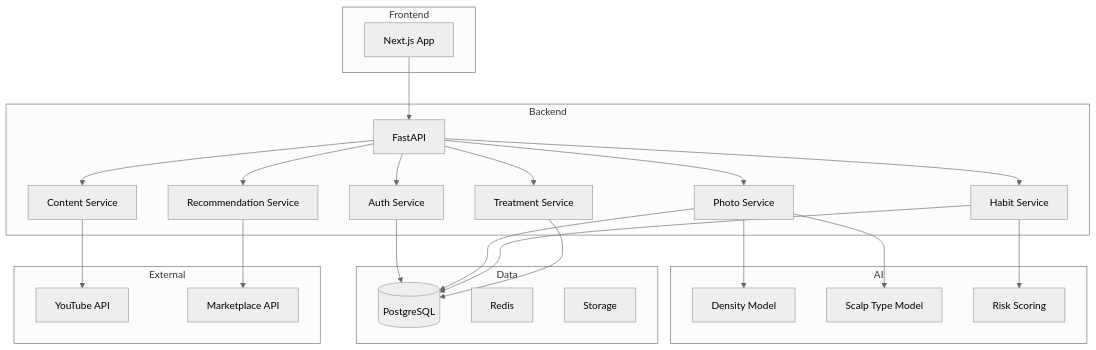
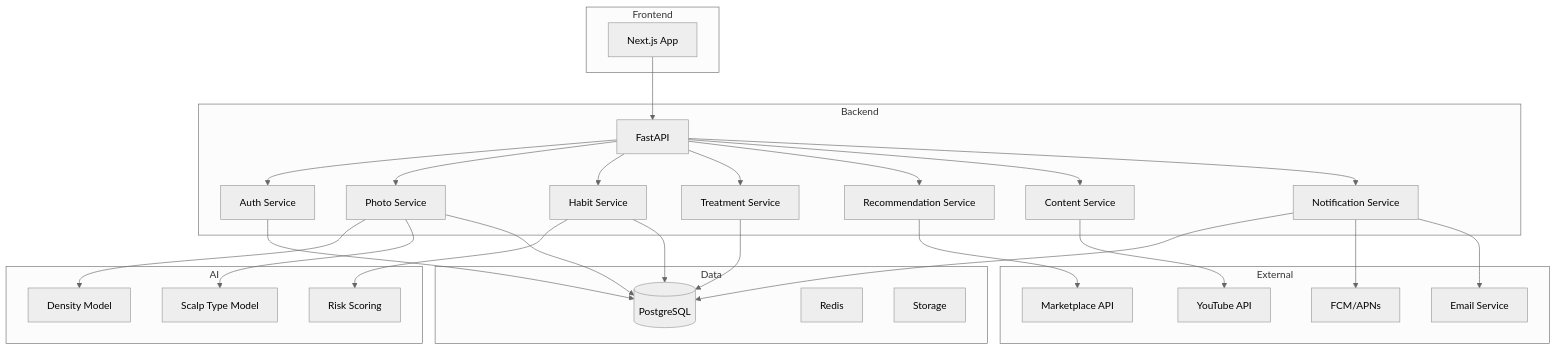
One commit to petrushandika/Scalp-Analytics changed diagram 14 of 16 in Documentation/MVP.md. Above: the diagram before and after it, drawn with Mermaid (neutral theme). The commit also changed other lines of this file and 5 other files, not shown here.

First line of the commit message:
Add notification system documentation including endpoints, preferences, and architecture

````diff
--- a/Documentation/MVP.md
+++ b/Documentation/MVP.md
@@ -423,50 +537,57 @@
 ```mermaid
 graph TB
     subgraph Frontend
         A[Next.js App]
     end
     
     subgraph Backend
         B[FastAPI]
         C[Auth Service]
         D[Photo Service]
         E[Habit Service]
         F[Treatment Service]
         G[Recommendation Service]
         H[Content Service]
+        I[Notification Service]
     end
     
     subgraph AI
-        I[Density Model]
-        J[Scalp Type Model]
-        K[Risk Scoring]
+        J[Density Model]
+        K[Scalp Type Model]
+        L[Risk Scoring]
     end
     
     subgraph Data
-        L[(PostgreSQL)]
-        M[Redis]
-        N[Storage]
+        M[(PostgreSQL)]
+        N[Redis]
+        O[Storage]
     end
     
     subgraph External
-        O[YouTube API]
-        P[Marketplace API]
+        P[YouTube API]
+        Q[Marketplace API]
+        R[FCM/APNs]
+        S[Email Service]
     end
     
     A --> B
     B --> C
     B --> D
     B --> E
     B --> F
     B --> G
     B --> H
-    D --> I
+    B --> I
     D --> J
-    E --> K
-    C --> L
-    D --> L
+    D --> K
     E --> L
-    F --> L
-    G --> P
-    H --> O
+    C --> M
+    D --> M
+    E --> M
+    F --> M
+    I --> M
+    G --> Q
+    H --> P
+    I --> R
+    I --> S
 ```
````
